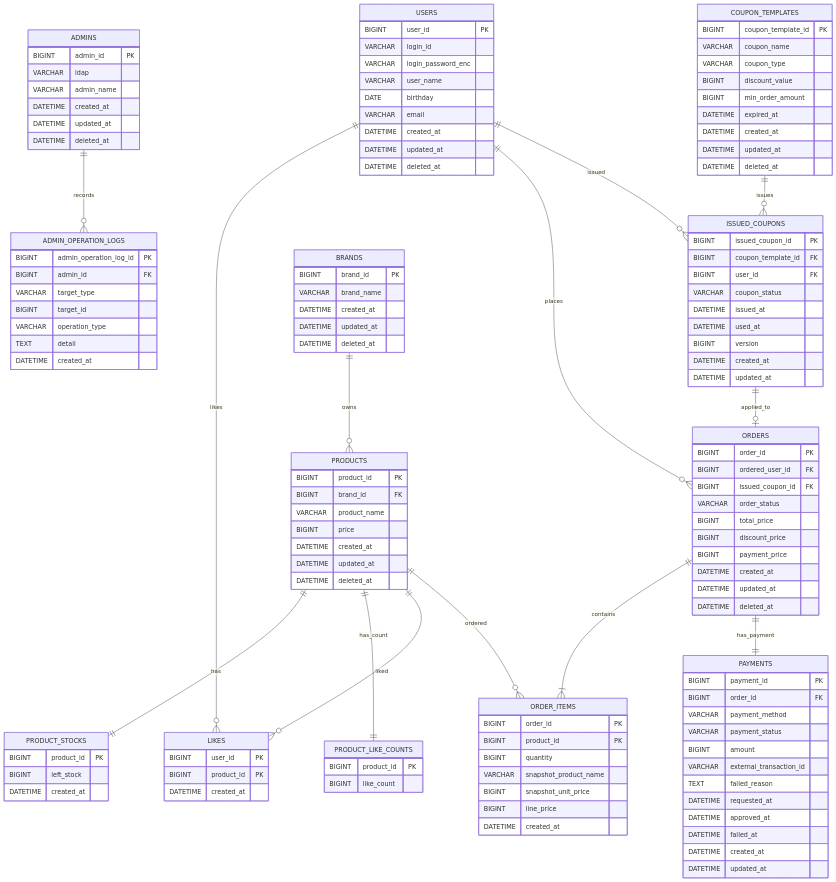
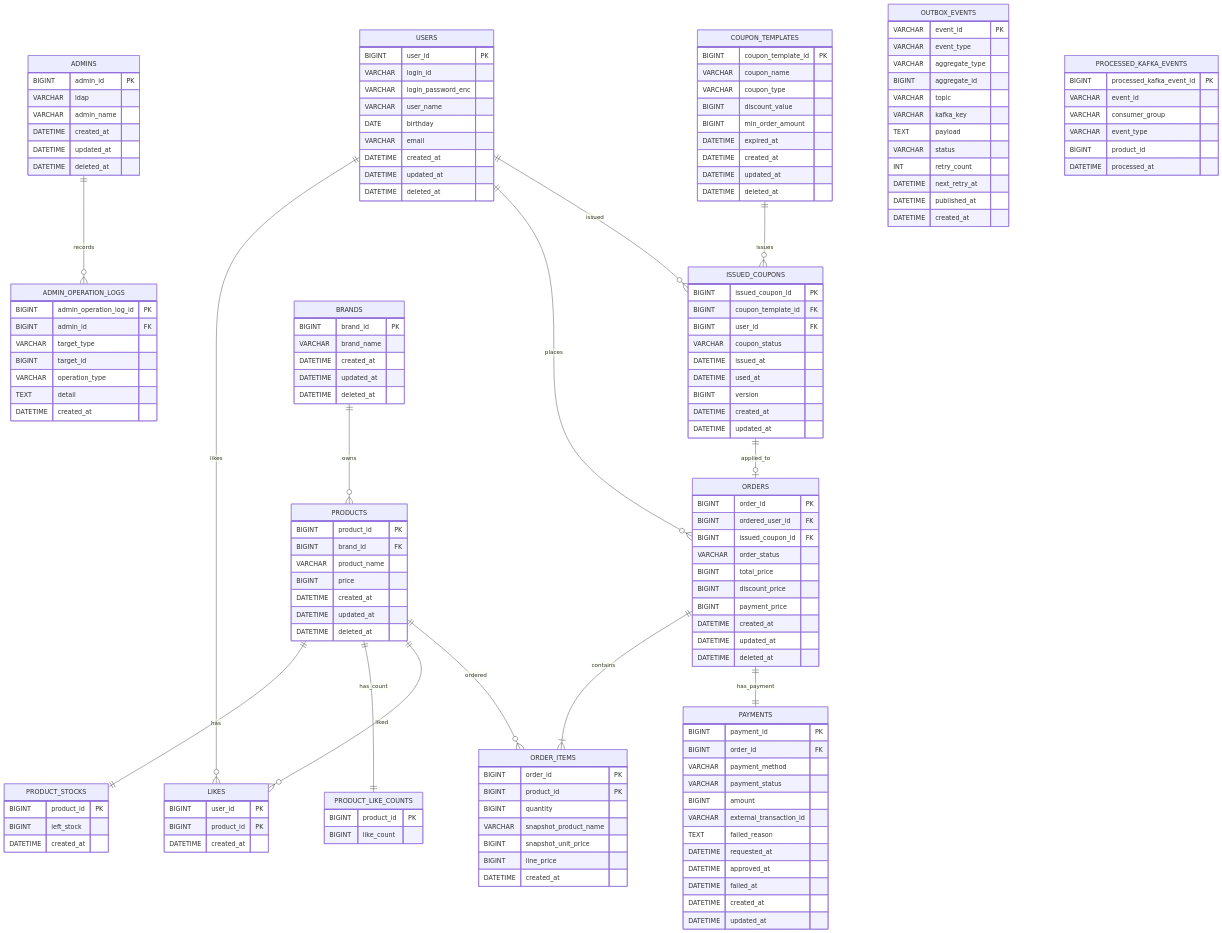
The diagram in docs/design/04-erd.md (loopers-labs/loop-pack-be-l2-vol4-kotlin), drawn with Mermaid before and after one commit. The commit also changed other lines of this file and 3 other files, not shown here.

```diff
--- a/docs/design/04-erd.md
+++ b/docs/design/04-erd.md
@@ -102,6 +104,30 @@
     PRODUCT_LIKE_COUNTS {
         BIGINT product_id PK
         BIGINT like_count
+    }
+
+    OUTBOX_EVENTS {
+        VARCHAR event_id PK
+        VARCHAR event_type
+        VARCHAR aggregate_type
+        BIGINT aggregate_id
+        VARCHAR topic
+        VARCHAR kafka_key
+        TEXT payload
+        VARCHAR status
+        INT retry_count
+        DATETIME next_retry_at
+        DATETIME published_at
+        DATETIME created_at
+    }
+
+    PROCESSED_KAFKA_EVENTS {
+        BIGINT processed_kafka_event_id PK
+        VARCHAR event_id
+        VARCHAR consumer_group
+        VARCHAR event_type
+        BIGINT product_id
+        DATETIME processed_at
     }
 
     LIKES {
```
